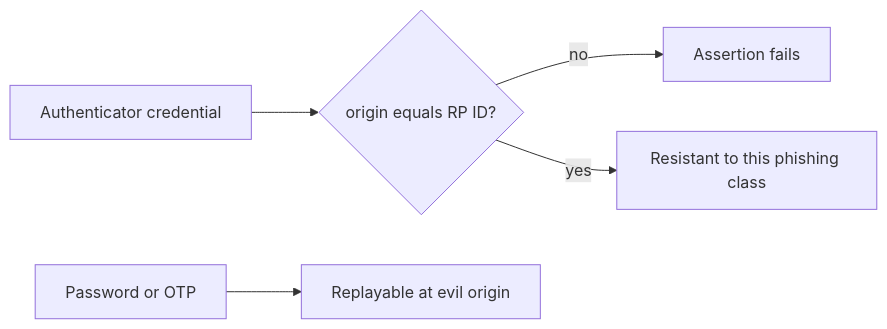
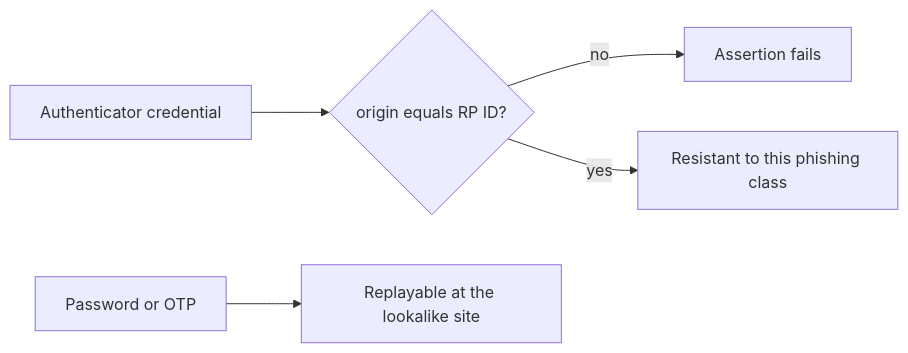
One commit to ishitvagoel/LearnSecurity changed the second of 2 diagrams in content/modules/4/4.2/lessons/01-property.md. Above: the diagram before and after it, drawn with Mermaid. The commit also changed other lines of this file and 39 other files, not shown here.

````diff
--- a/content/modules/4/4.2/lessons/01-property.md
+++ b/content/modules/4/4.2/lessons/01-property.md
@@ -33,7 +32,7 @@
 ```mermaid
 flowchart LR
   Cred[Authenticator credential] --> Origin{"origin equals RP ID?"}
   Origin -->|no| Fail[Assertion fails]
   Origin -->|yes| Ok[Resistant to this phishing class]
-  Secret[Password or OTP] --> Anywhere[Replayable at evil origin]
+  Secret[Password or OTP] --> Anywhere[Replayable at the lookalike site]
 ```
````
